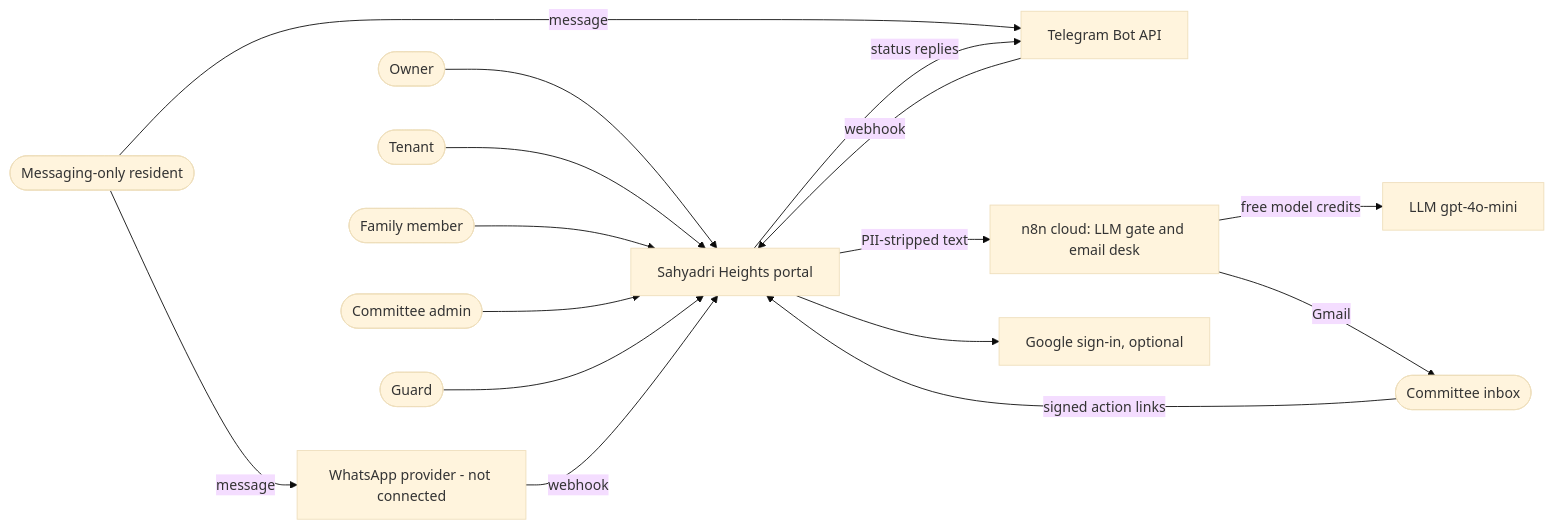
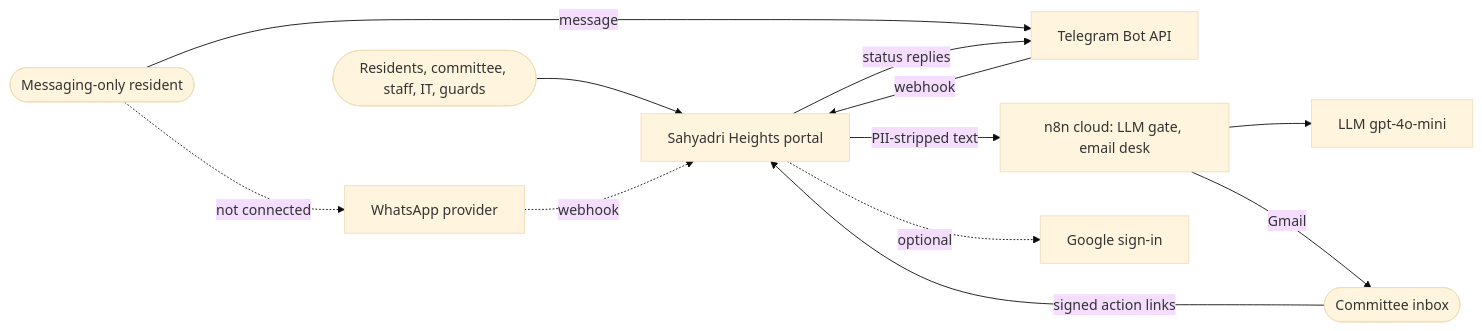
Before and after one commit to beerus-Ai/housing-portal: the first of 5 diagrams in docs/architecture/architecture.md, drawn with Mermaid (base theme). The commit also changed other lines of this file and 44 other files, not shown here.

````diff
--- a/docs/architecture/architecture.md
+++ b/docs/architecture/architecture.md
@@ -8,18 +8,14 @@
 ```mermaid
 flowchart LR
-  owner([Owner]) --> portal
-  tenant([Tenant]) --> portal
-  family([Family member]) --> portal
-  committee([Committee admin]) --> portal
-  guard([Guard]) --> portal
-  msgRes([Messaging-only resident]) -->|message| tg[Telegram Bot API]
-  msgRes -->|message| wa[WhatsApp provider - not connected]
-  tg -->|webhook| portal[Sahyadri Heights portal]
-  wa -->|webhook| portal
+  users([Residents, committee, staff, IT, guards]) --> portal[Sahyadri Heights portal]
+  msg([Messaging-only resident]) -->|message| tg[Telegram Bot API]
+  msg -.->|not connected| wa[WhatsApp provider]
+  tg -->|webhook| portal
+  wa -.->|webhook| portal
   portal -->|status replies| tg
-  portal -->|PII-stripped text| n8n[n8n cloud: LLM gate and email desk]
-  n8n -->|free model credits| llm[LLM gpt-4o-mini]
+  portal -->|PII-stripped text| n8n[n8n cloud: LLM gate, email desk]
+  n8n --> llm[LLM gpt-4o-mini]
   n8n -->|Gmail| inbox([Committee inbox])
   inbox -->|signed action links| portal
-  portal --> google[Google sign-in, optional]
+  portal -.->|optional| google[Google sign-in]
 ```
````
